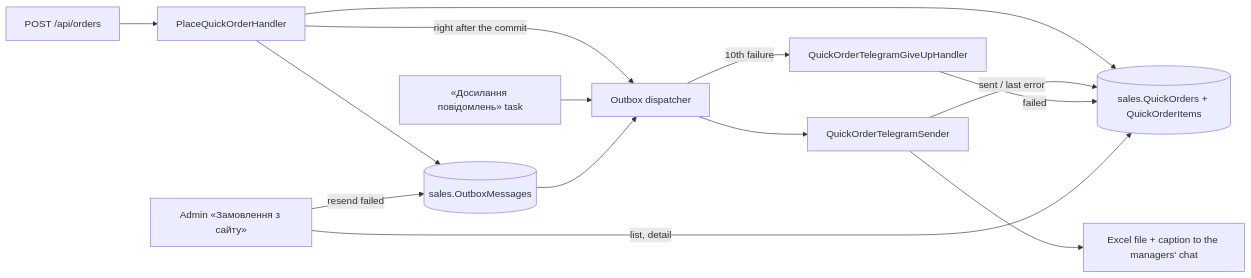
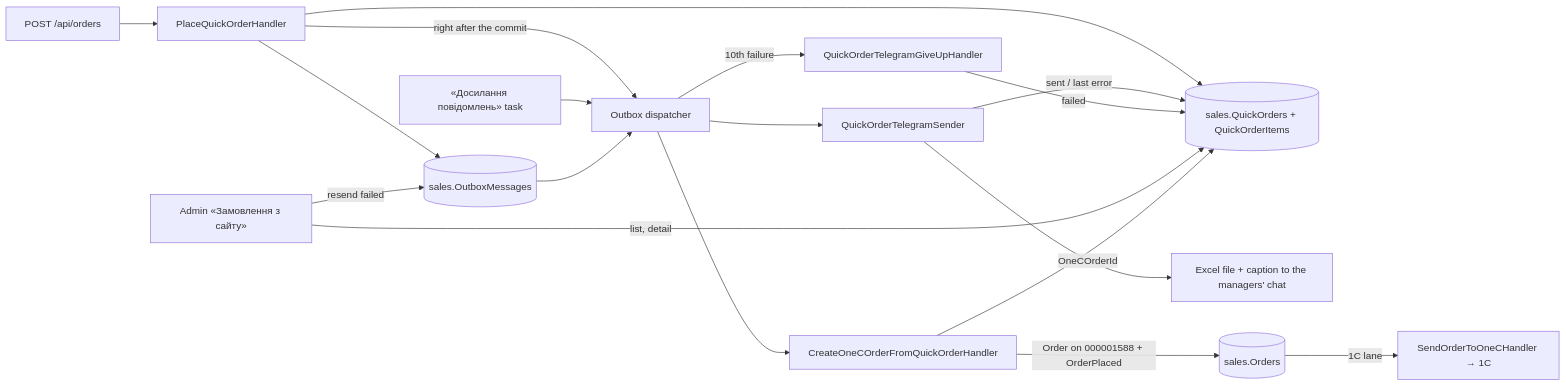
Before and after one commit to Weretik/KedrStore: the diagram in docs/sdd/features/sales/quick-order.md, drawn with Mermaid. The commit also changed other lines of this file and 32 other files, not shown here.

First line of the commit message:
Send every site order to 1C as a retail order

````diff
--- a/docs/sdd/features/sales/quick-order.md
+++ b/docs/sdd/features/sales/quick-order.md
@@ -47,15 +48,19 @@
 ```mermaid
 flowchart LR
     A["POST /api/orders"] --> B["PlaceQuickOrderHandler"]
     B --> C[("sales.QuickOrders + QuickOrderItems")]
     B --> M[("sales.OutboxMessages")]
     B -->|"right after the commit"| D["Outbox dispatcher"]
     E["«Досилання повідомлень» task"] --> D
     M --> D
     D --> F["QuickOrderTelegramSender"]
     F --> G["Excel file + caption to the managers' chat"]
     F -->|"sent / last error"| C
     D -->|"10th failure"| H["QuickOrderTelegramGiveUpHandler"] -->|"failed"| C
     I["Admin «Замовлення з сайту»"] -->|"list, detail"| C
     I -->|"resend failed"| M
+    D --> J["CreateOneCOrderFromQuickOrderHandler"]
+    J -->|"Order on 000001588 + OrderPlaced"| K[("sales.Orders")]
+    J -->|"OneCOrderId"| C
+    K -->|"1C lane"| L["SendOrderToOneCHandler → 1C"]
 ```
````
